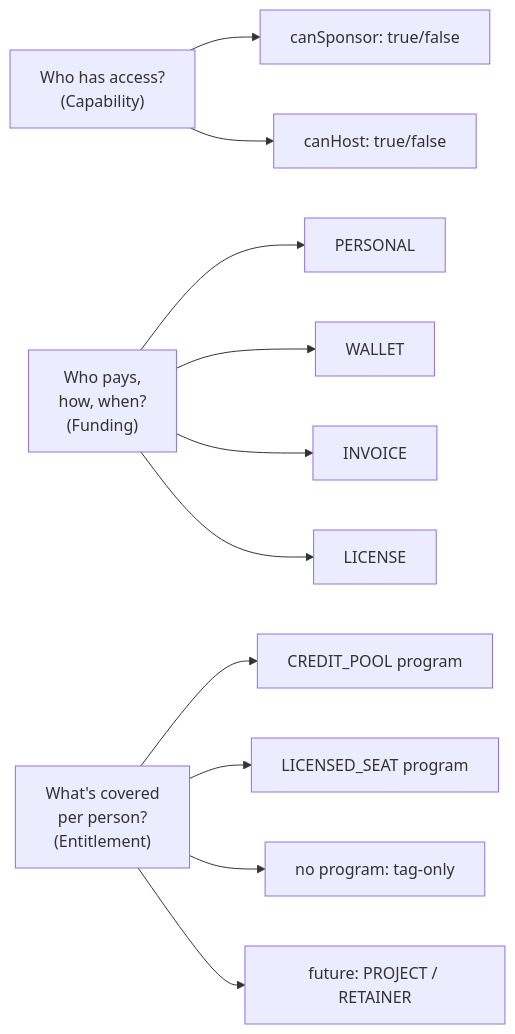
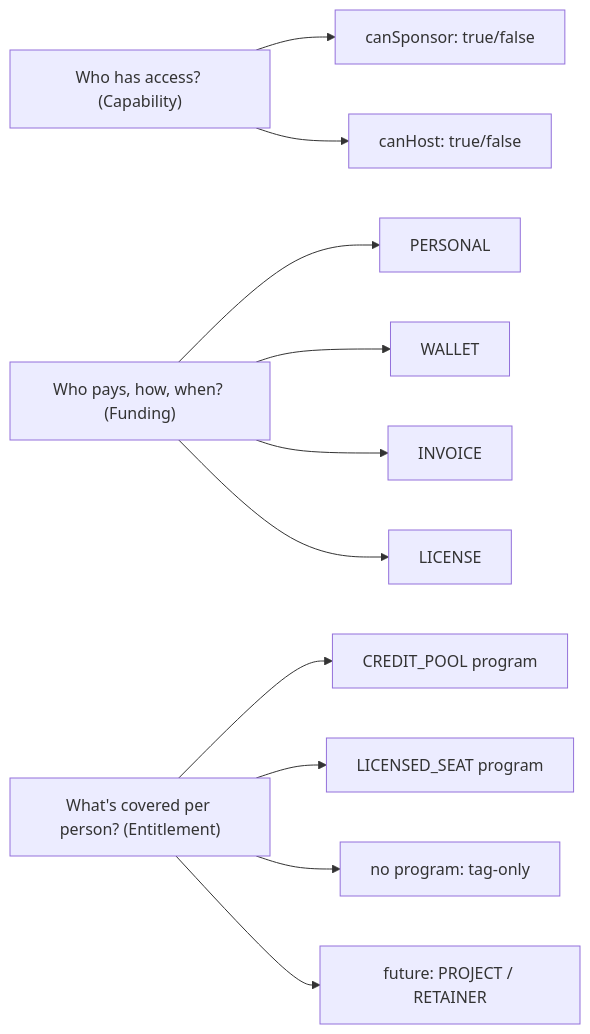
One commit to Practitionist/familiarise_web changed the first of 24 diagrams in docs/enterprise/enterprise-complete-guide.md. Above: the diagram before and after it, drawn with Mermaid. The commit also changed other lines of this file, not shown here.

First line of the commit message:
fix(enterprise): remove br/ from flowchart node labels

````diff
--- a/docs/enterprise/enterprise-complete-guide.md
+++ b/docs/enterprise/enterprise-complete-guide.md
@@ -172,13 +172,13 @@
 ```mermaid
 flowchart LR
-    A["Who has access?<br/>(Capability)"] --> A1[canSponsor: true/false]
+    A["Who has access? (Capability)"] --> A1[canSponsor: true/false]
     A --> A2[canHost: true/false]
-    B["Who pays,<br/>how, when?<br/>(Funding)"] --> B1[PERSONAL]
+    B["Who pays, how, when? (Funding)"] --> B1[PERSONAL]
     B --> B2[WALLET]
     B --> B3[INVOICE]
     B --> B4[LICENSE]
-    C["What's covered<br/>per person?<br/>(Entitlement)"] --> C1[CREDIT_POOL program]
+    C["What's covered per person? (Entitlement)"] --> C1[CREDIT_POOL program]
     C --> C2[LICENSED_SEAT program]
     C --> C3[no program: tag-only]
     C --> C4["future: PROJECT / RETAINER"]
 ```
````
